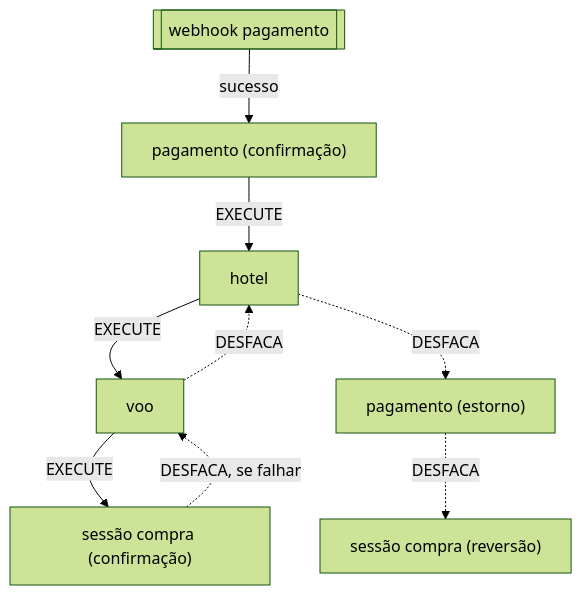
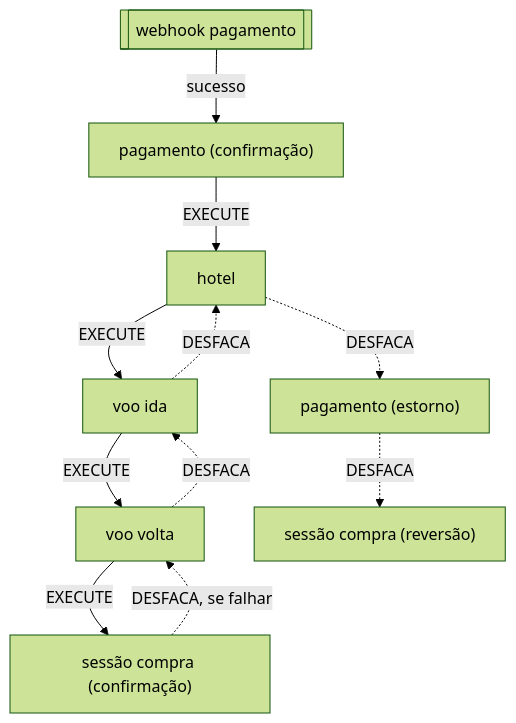
One commit to EdyKnopfler/estudo-arquitetura-monorepo changed the second of 2 diagrams in README.md. Above: the diagram before and after it, drawn with Mermaid (forest theme). The commit also changed other lines of this file and 55 other files, not shown here.

````diff
--- a/README.md
+++ b/README.md
@@ -49,14 +49,16 @@
 ```mermaid
 flowchart TD
   WH[["webhook pagamento"]]
   WH -->|sucesso| PAGC["pagamento (confirmação)"]
 
   PAGC -->|EXECUTE| HOT[hotel]
-  HOT -->|EXECUTE| VOO[voo]
-  VOO -->|EXECUTE| SCC["sessão compra (confirmação)"]
+  HOT -->|EXECUTE| IDA[voo ida]
+  IDA -->|EXECUTE| VOLTA[voo volta]
+  VOLTA -->|EXECUTE| SCC["sessão compra (confirmação)"]
 
-  SCC -.->|"DESFACA, se falhar"| VOO
-  VOO -.->|DESFACA| HOT
+  SCC -.->|"DESFACA, se falhar"| VOLTA
+  VOLTA -.->|DESFACA| IDA
+  IDA -.->|DESFACA| HOT
   HOT -.->|DESFACA| PAGE["pagamento (estorno)"]
   PAGE -.->|DESFACA| SCR["sessão compra (reversão)"]
 ```
````
